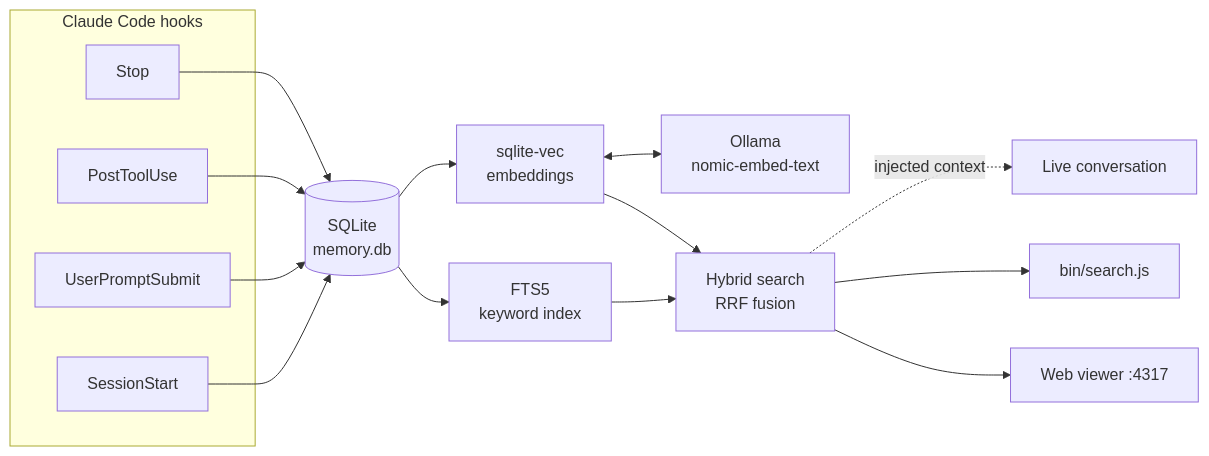
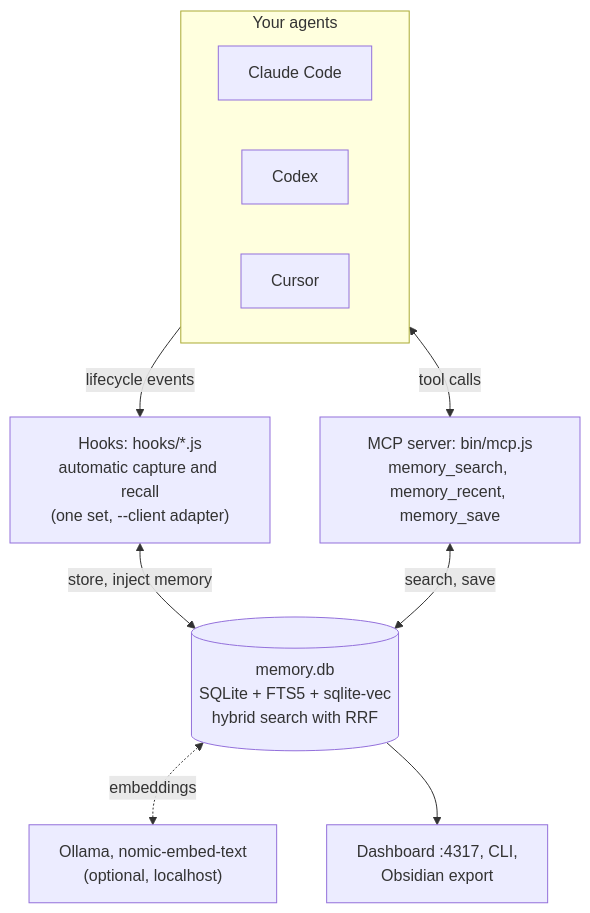
One commit to jairsemblantes01/agents-ram changed the diagram in README.md. Above: the diagram before and after it, drawn with Mermaid. The commit also changed other lines of this file, not shown here.

First line of the commit message:
README profesional de Agents RAM

````diff
--- a/README.md
+++ b/README.md
@@ -69,25 +103,22 @@
 ```mermaid
-flowchart LR
-    subgraph Hooks["Claude Code hooks"]
-        SS[SessionStart]
-        UP[UserPromptSubmit]
-        PT[PostToolUse]
-        ST[Stop]
+flowchart TB
+    subgraph Clients["Your agents"]
+        direction LR
+        CC[Claude Code]
+        CX[Codex]
+        CU[Cursor]
     end
 
-    SS --> DB[(SQLite<br/>memory.db)]
-    UP --> DB
-    PT --> DB
-    ST --> DB
+    H["Hooks: hooks/*.js<br/>automatic capture and recall<br/>(one set, --client adapter)"]
+    M["MCP server: bin/mcp.js<br/>memory_search, memory_recent, memory_save"]
+    DB[("memory.db<br/>SQLite + FTS5 + sqlite-vec<br/>hybrid search with RRF")]
+    OL["Ollama, nomic-embed-text<br/>(optional, localhost)"]
+    V["Dashboard :4317, CLI,<br/>Obsidian export"]
 
-    DB --> FTS[FTS5<br/>keyword index]
-    DB --> VEC[sqlite-vec<br/>embeddings]
-    VEC <--> OL[Ollama<br/>nomic-embed-text]
-
-    FTS --> HYB[Hybrid search<br/>RRF fusion]
-    VEC --> HYB
-
-    HYB -. injected context .-> Conv[Live conversation]
-    HYB --> CLI[bin/search.js]
-    HYB --> WEB[Web viewer :4317]
+    Clients -->|lifecycle events| H
+    Clients <-->|tool calls| M
+    H <-->|store, inject memory| DB
+    M <-->|search, save| DB
+    DB <-.->|embeddings| OL
+    DB --> V
 ```
````
